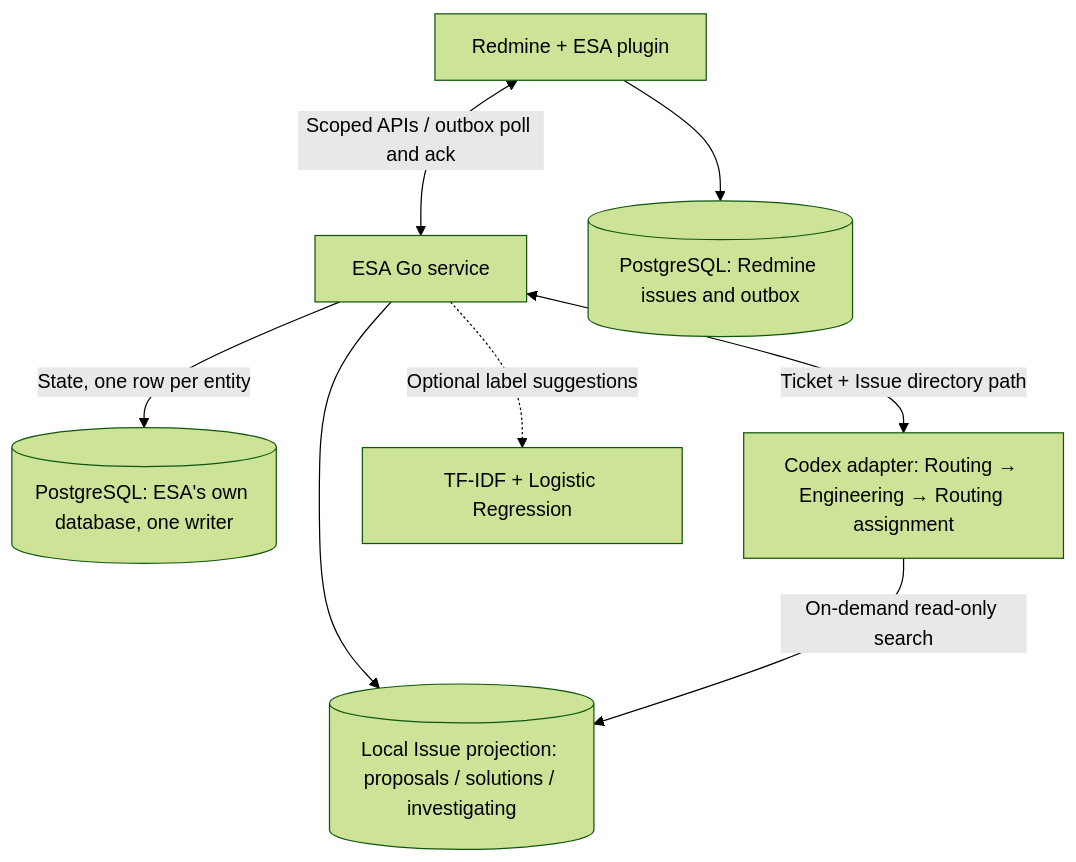
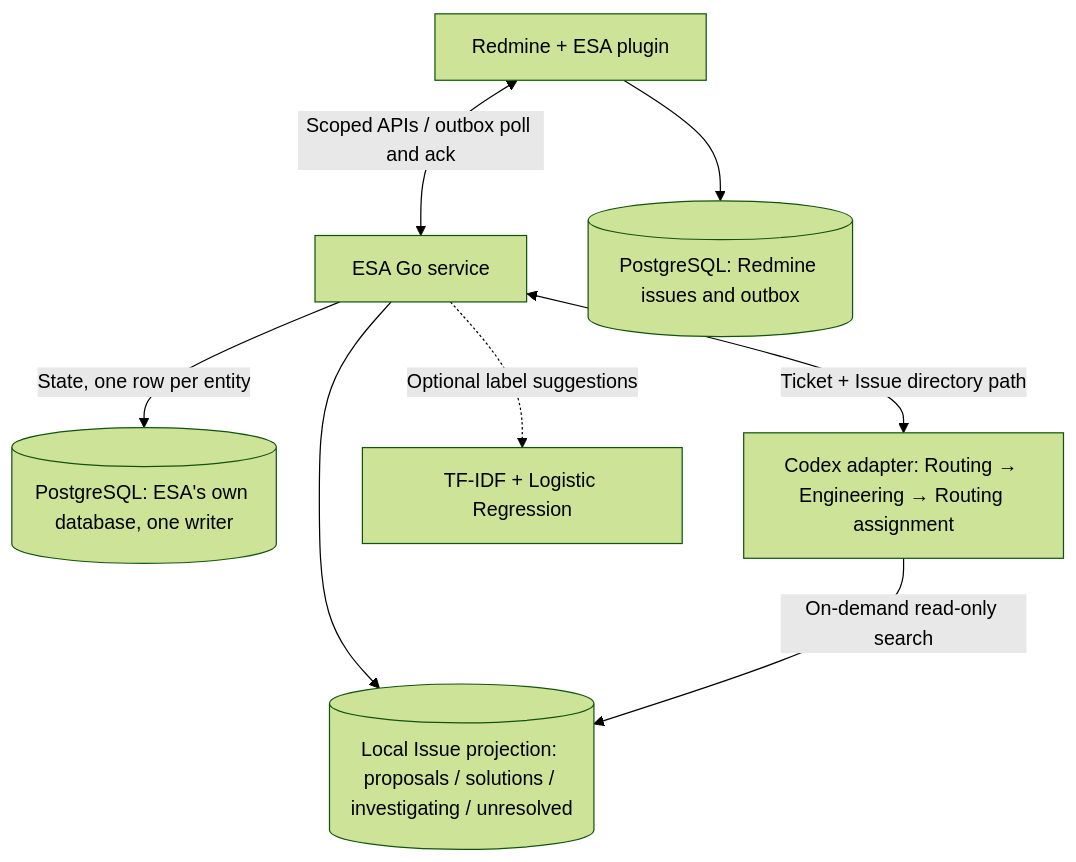
The first of 2 diagrams in README.md (SDUzbh/esa), drawn with Mermaid (forest theme) before and after one commit. The commit also changed other lines of this file, not shown here.

````diff
--- a/README.md
+++ b/README.md
@@ -26,10 +26,10 @@
 ```mermaid
 flowchart TD
     P["Redmine + ESA plugin"] <-->|Scoped APIs / outbox poll and ack| E["ESA Go service"]
     P --> D[("PostgreSQL: Redmine issues and outbox")]
     E -->|State, one row per entity| G[("PostgreSQL: ESA's own database, one writer")]
     E <-->|Ticket + Issue directory path| A["Codex adapter: Routing → Engineering → Routing assignment"]
-    E --> I[("Local Issue projection: proposals / solutions / investigating")]
+    E --> I[("Local Issue projection: proposals / solutions / investigating / unresolved")]
     A -->|On-demand read-only search| I
     E -.->|Optional label suggestions| C["TF-IDF + Logistic Regression"]
 ```
````
